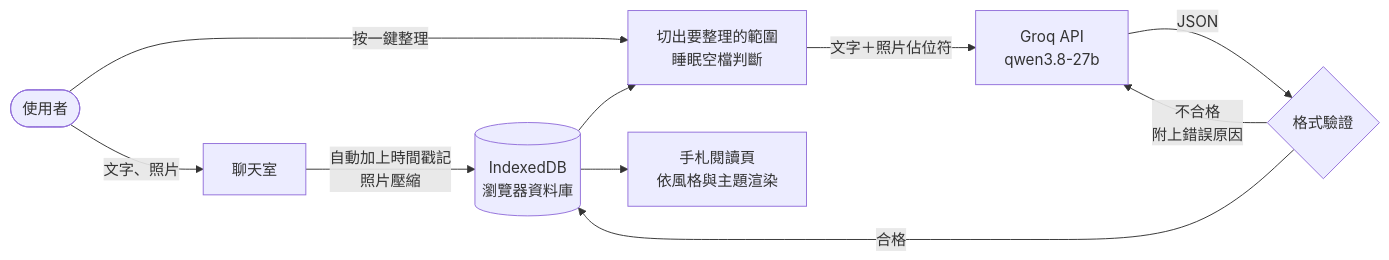
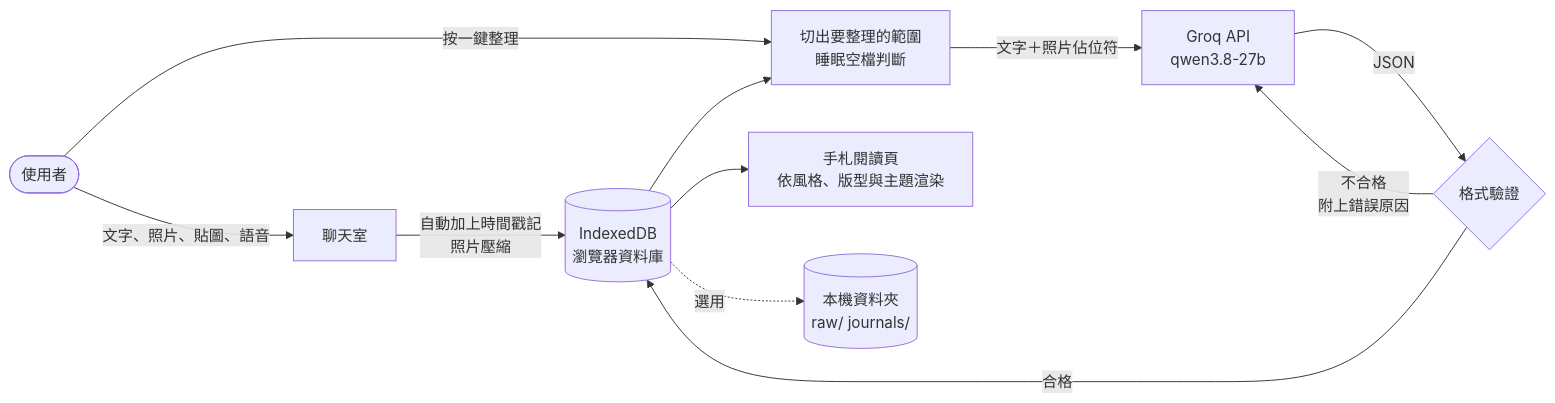
Before and after one commit to wyz279/wangji: the first of 2 diagrams in README.md, drawn with Mermaid. The commit also changed other lines of this file and 1 other file, not shown here.

````diff
--- a/README.md
+++ b/README.md
@@ -91,12 +91,13 @@
 ```mermaid
 flowchart LR
-    U([使用者]) -->|文字、照片| C[聊天室]
+    U([使用者]) -->|文字、照片、貼圖、語音| C[聊天室]
     C -->|自動加上時間戳記<br>照片壓縮| DB[(IndexedDB<br>瀏覽器資料庫)]
     U -->|按一鍵整理| P[切出要整理的範圍<br>睡眠空檔判斷]
     DB --> P
     P -->|文字＋照片佔位符| G[Groq API<br>qwen3.8-27b]
     G -->|JSON| V{格式驗證}
     V -->|不合格<br>附上錯誤原因| G
     V -->|合格| DB
-    DB --> R[手札閱讀頁<br>依風格與主題渲染]
+    DB --> R[手札閱讀頁<br>依風格、版型與主題渲染]
+    DB -.->|選用| L[(本機資料夾<br>raw/ journals/)]
 ```
````
